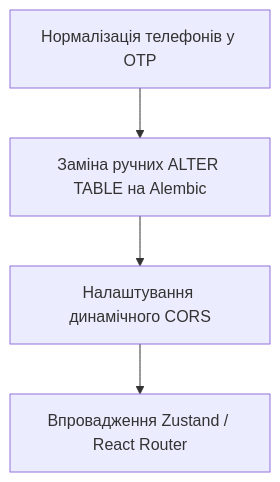
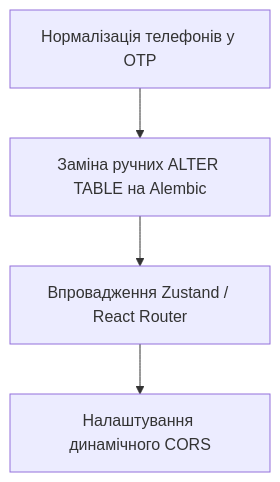
One commit to soggyv/oneclick-sandbox changed the diagram in brutal_analysis.md. Above: the diagram before and after it, drawn with Mermaid. The commit also changed other lines of this file and 9 other files, not shown here.

````diff
--- a/brutal_analysis.md
+++ b/brutal_analysis.md
@@ -55,6 +52,6 @@
 ```mermaid
 graph TD
     A[Нормалізація телефонів у OTP] --> B[Заміна ручних ALTER TABLE на Alembic]
-    B --> C[Налаштування динамічного CORS]
-    C --> D[Впровадження Zustand / React Router]
+    B --> C[Впровадження Zustand / React Router]
+    C --> D[Налаштування динамічного CORS]
 ```
````
